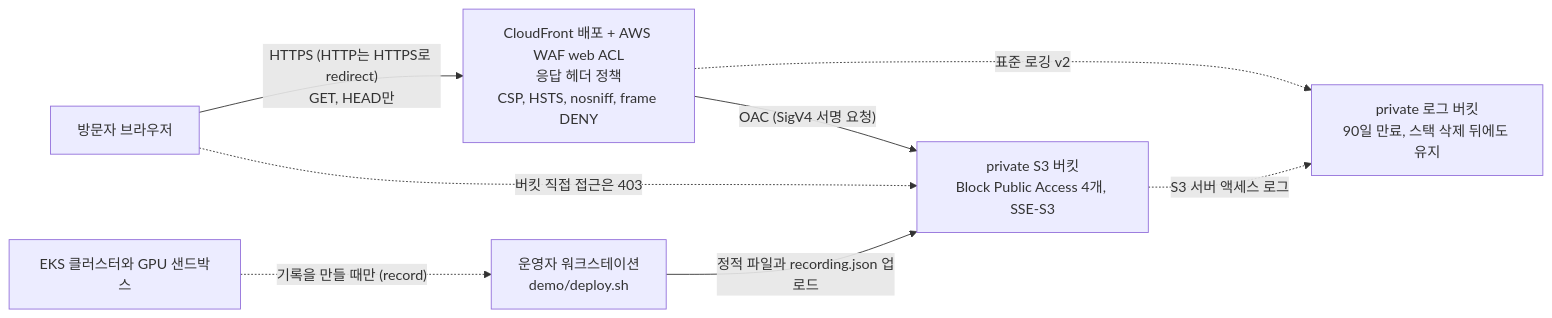
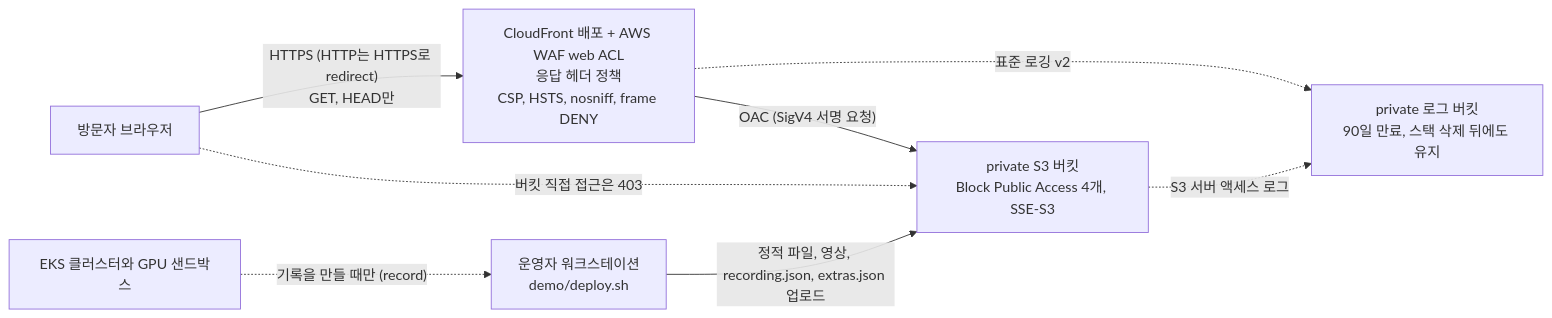
Before and after one commit to daekeun-ml/gpu-sandbox-on-aws: the diagram in docs/handson/09_demo_site.md, drawn with Mermaid. The commit also changed other lines of this file and 18 other files, not shown here.

````diff
--- a/docs/handson/09_demo_site.md
+++ b/docs/handson/09_demo_site.md
@@ -47,10 +50,10 @@
 ```mermaid
 flowchart LR
     V["방문자 브라우저"] -->|"HTTPS (HTTP는 HTTPS로 redirect)<br/>GET, HEAD만"| CF["CloudFront 배포 + AWS WAF web ACL<br/>응답 헤더 정책<br/>CSP, HSTS, nosniff, frame DENY"]
     CF -->|"OAC (SigV4 서명 요청)"| S3["private S3 버킷<br/>Block Public Access 4개, SSE-S3"]
     V -.->|"버킷 직접 접근은 403"| S3
     CF -.->|"표준 로깅 v2"| LOG["private 로그 버킷<br/>90일 만료, 스택 삭제 뒤에도 유지"]
     S3 -.->|"S3 서버 액세스 로그"| LOG
-    OP["운영자 워크스테이션<br/>demo/deploy.sh"] -->|"정적 파일과 recording.json 업로드"| S3
+    OP["운영자 워크스테이션<br/>demo/deploy.sh"] -->|"정적 파일, 영상, recording.json, extras.json 업로드"| S3
     K["EKS 클러스터와 GPU 샌드박스"] -.->|"기록을 만들 때만 (record)"| OP
 ```
````
